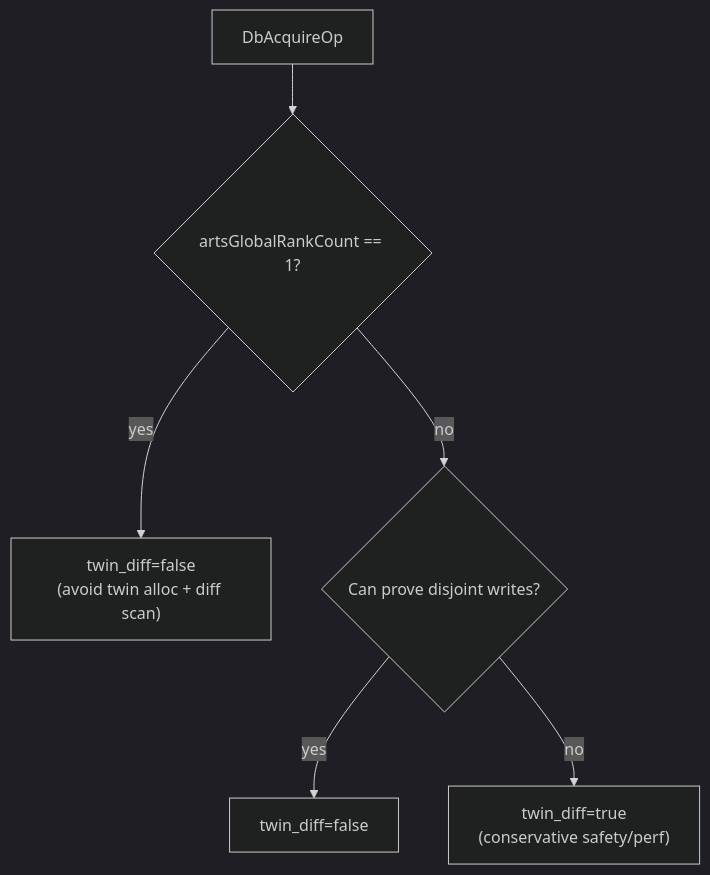
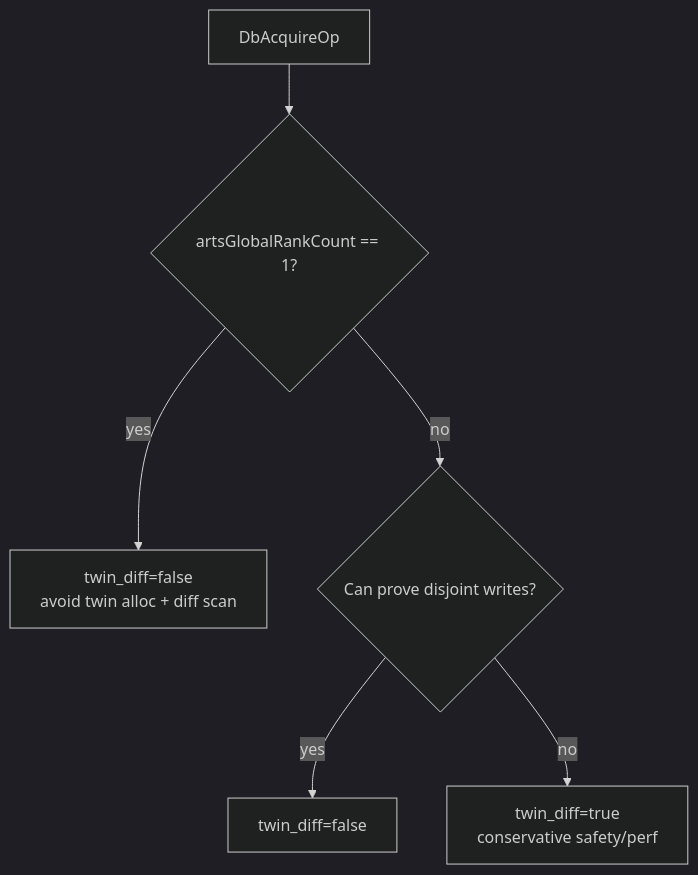
The fourth of 5 diagrams in docs/heuristics/single_rank/db_granularity_and_twin_diff.md (randreshg/carts), drawn with Mermaid (dark theme) before and after one commit. The commit also changed other lines of this file and 101 other files, not shown here.

````diff
--- a/docs/heuristics/single_rank/db_granularity_and_twin_diff.md
+++ b/docs/heuristics/single_rank/db_granularity_and_twin_diff.md
@@ -293,8 +293,8 @@
 ```mermaid
 flowchart TD
   A[DbAcquireOp] --> B{artsGlobalRankCount == 1?}
-  B -->|yes| C["twin_diff=false<br/>(avoid twin alloc + diff scan)"]
-  B -->|no| D{Can prove disjoint writes?}
+  B -->|yes| C["twin_diff=false<br/>avoid twin alloc + diff scan"]
+  B -->|no| D{"Can prove disjoint writes?"}
   D -->|yes| E[twin_diff=false]
-  D -->|no| F["twin_diff=true<br/>(conservative safety/perf)"]
+  D -->|no| F["twin_diff=true<br/>conservative safety/perf"]
 ```
````
